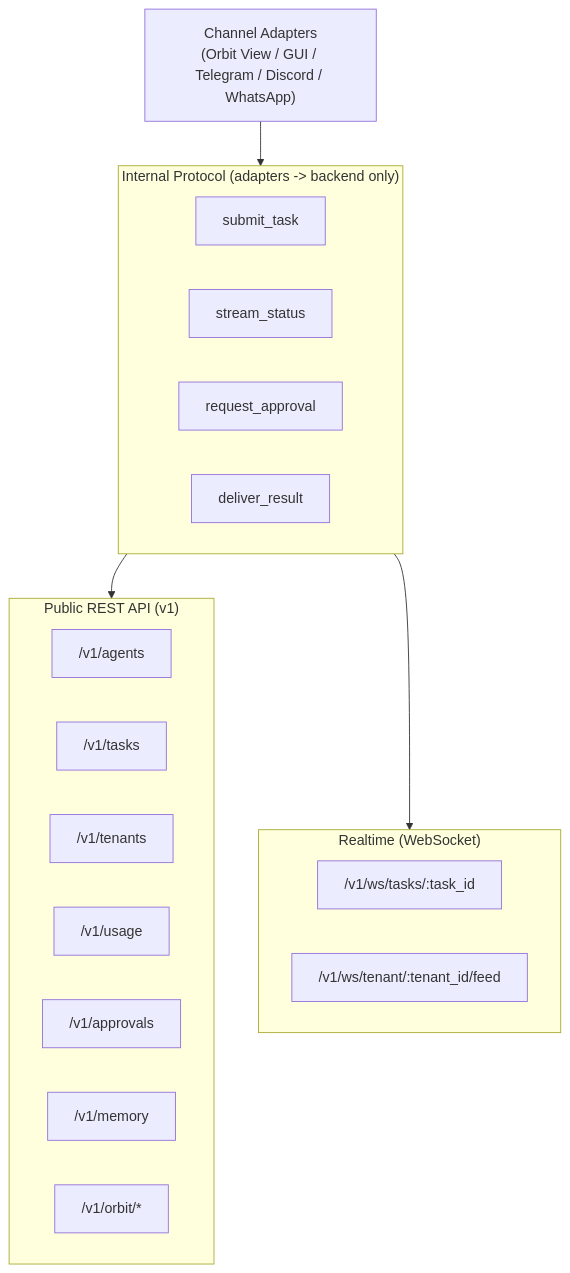
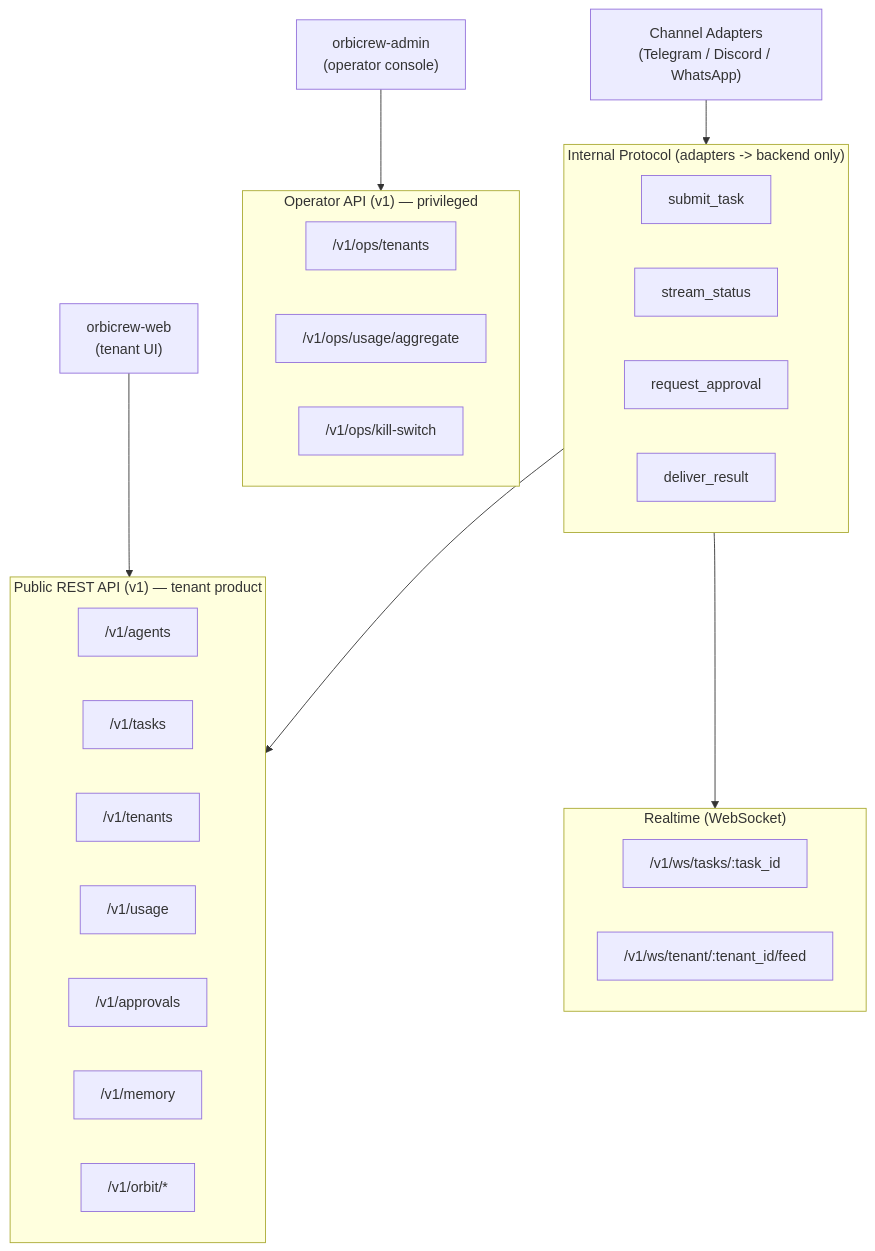
Before and after one commit to meetrakib/orbicrew_master: the first of 2 diagrams in docs/leangine-office-docs/tech/05_api_design.md, drawn with Mermaid. The commit also changed other lines of this file and 16 other files, not shown here.

First line of the commit message:
Document dev-only workflow and dedicated admin architecture.

````diff
--- a/docs/leangine-office-docs/tech/05_api_design.md
+++ b/docs/leangine-office-docs/tech/05_api_design.md
@@ -17,25 +17,32 @@
 ```mermaid
 flowchart TB
-    subgraph Public["Public REST API (v1)"]
+    subgraph Public["Public REST API (v1) — tenant product"]
         R1["/v1/agents"]
         R2["/v1/tasks"]
         R3["/v1/tenants"]
         R4["/v1/usage"]
         R5["/v1/approvals"]
         R6["/v1/memory"]
         R7["/v1/orbit/*"]
+    end
+    subgraph Ops["Operator API (v1) — privileged"]
+        O1["/v1/ops/tenants"]
+        O2["/v1/ops/usage/aggregate"]
+        O3["/v1/ops/kill-switch"]
     end
     subgraph Realtime["Realtime (WebSocket)"]
         W1["/v1/ws/tasks/:task_id"]
         W2["/v1/ws/tenant/:tenant_id/feed"]
     end
     subgraph Internal["Internal Protocol (adapters -> backend only)"]
         I1["submit_task"]
         I2["stream_status"]
         I3["request_approval"]
         I4["deliver_result"]
     end
-    Adapters["Channel Adapters<br/>(Orbit View / GUI / Telegram / Discord / WhatsApp)"] --> Internal
+    Web["orbicrew-web<br/>(tenant UI)"] --> Public
+    Admin["orbicrew-admin<br/>(operator console)"] --> Ops
+    Adapters["Channel Adapters<br/>(Telegram / Discord / WhatsApp)"] --> Internal
     Internal --> Public
     Internal --> Realtime
 ```
````
